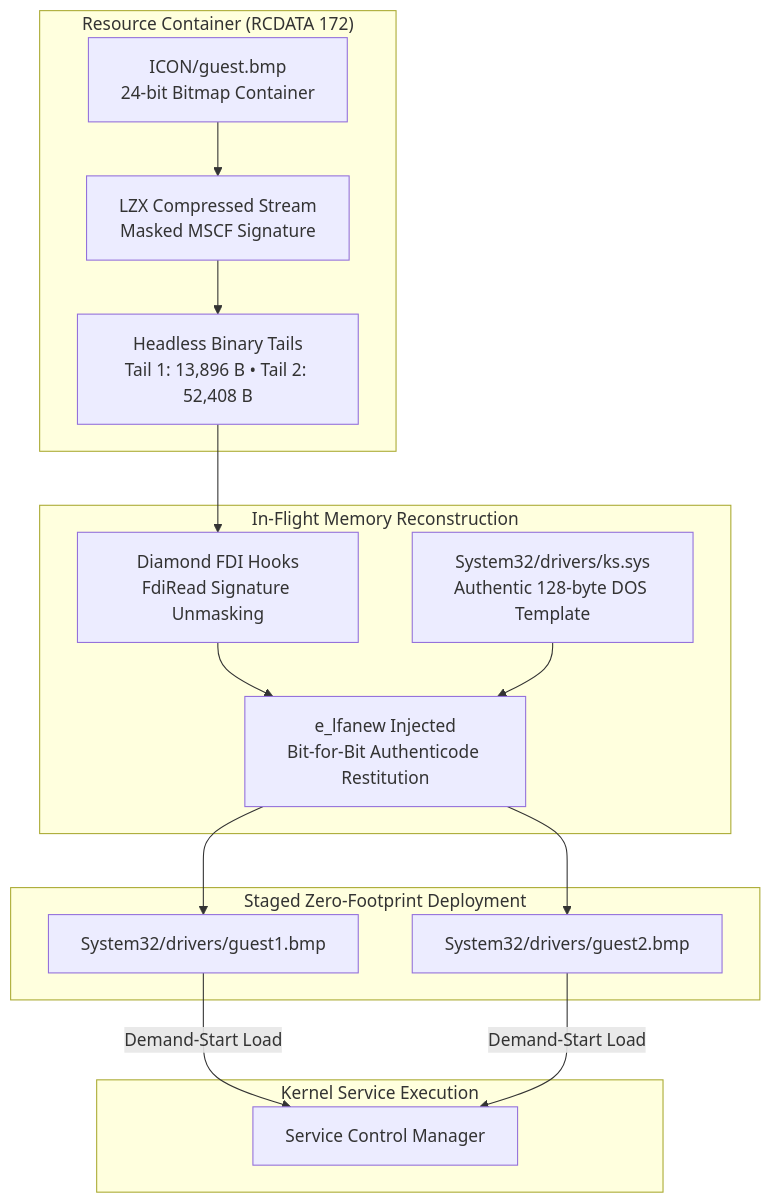
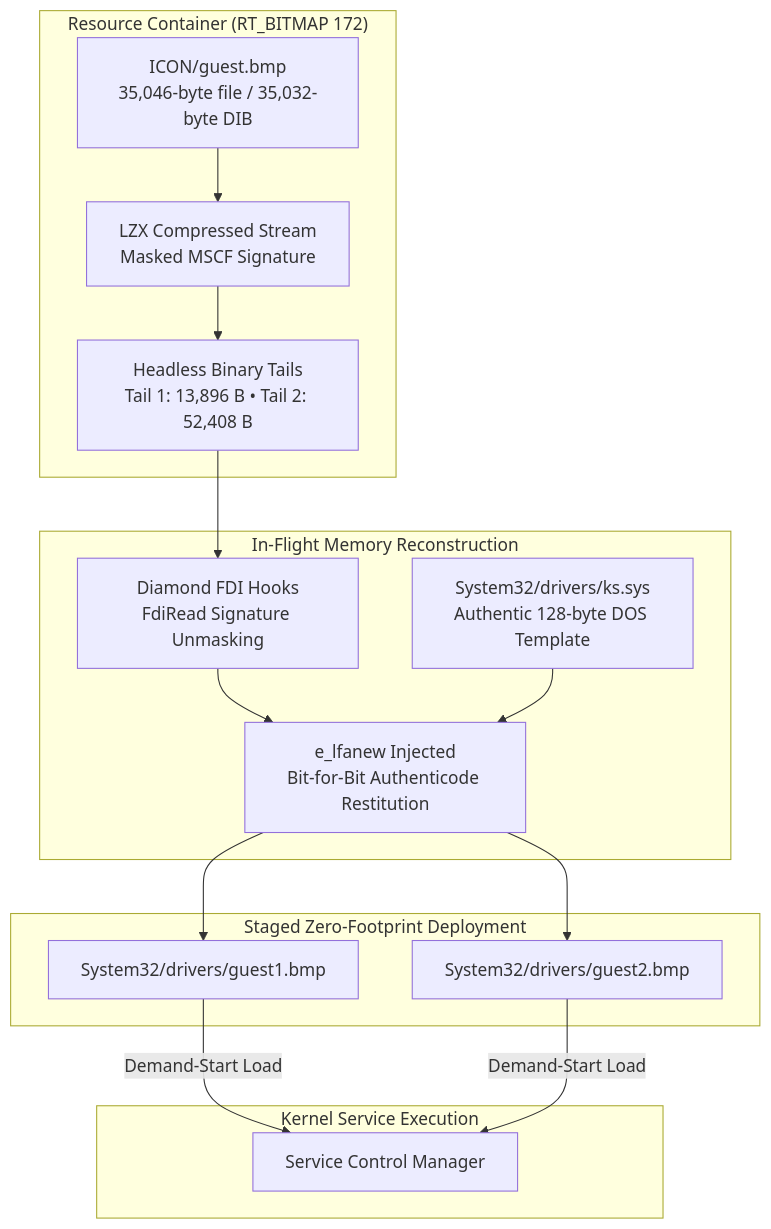
Before and after one commit to wesmar/kvcKiller: the second of 5 diagrams in README.md, drawn with Mermaid. The commit also changed other lines of this file and 3 other files, not shown here.

First line of the commit message:
Store KvcKiller guest payload as native RT_BITMAP

````diff
--- a/README.md
+++ b/README.md
@@ -221,30 +221,30 @@
 ```mermaid
 flowchart TD
-    subgraph Resource ["Resource Container (RCDATA 172)"]
-        BMP["ICON/guest.bmp<br/>24-bit Bitmap Container"]
+    subgraph Resource ["Resource Container (RT_BITMAP 172)"]
+        BMP["ICON/guest.bmp<br/>35,046-byte file / 35,032-byte DIB"]
         CAB["LZX Compressed Stream<br/>Masked MSCF Signature"]
         Tails["Headless Binary Tails<br/>Tail 1: 13,896 B &bull; Tail 2: 52,408 B"]
         BMP --> CAB --> Tails
     end
 
     subgraph Memory ["In-Flight Memory Reconstruction"]
         FDI["Diamond FDI Hooks<br/>FdiRead Signature Unmasking"]
         Template["System32/drivers/ks.sys<br/>Authentic 128-byte DOS Template"]
         Assemble["e_lfanew Injected<br/>Bit-for-Bit Authenticode Restitution"]
         Tails --> FDI --> Assemble
         Template --> Assemble
     end
 
     subgraph Storage ["Staged Zero-Footprint Deployment"]
         D1["System32/drivers/guest1.bmp"]
         D2["System32/drivers/guest2.bmp"]
         Assemble --> D1
         Assemble --> D2
     end
 
     subgraph Execution ["Kernel Service Execution"]
         SCM["Service Control Manager"]
         D1 -->|Demand-Start Load| SCM
         D2 -->|Demand-Start Load| SCM
     end
 ```
````
